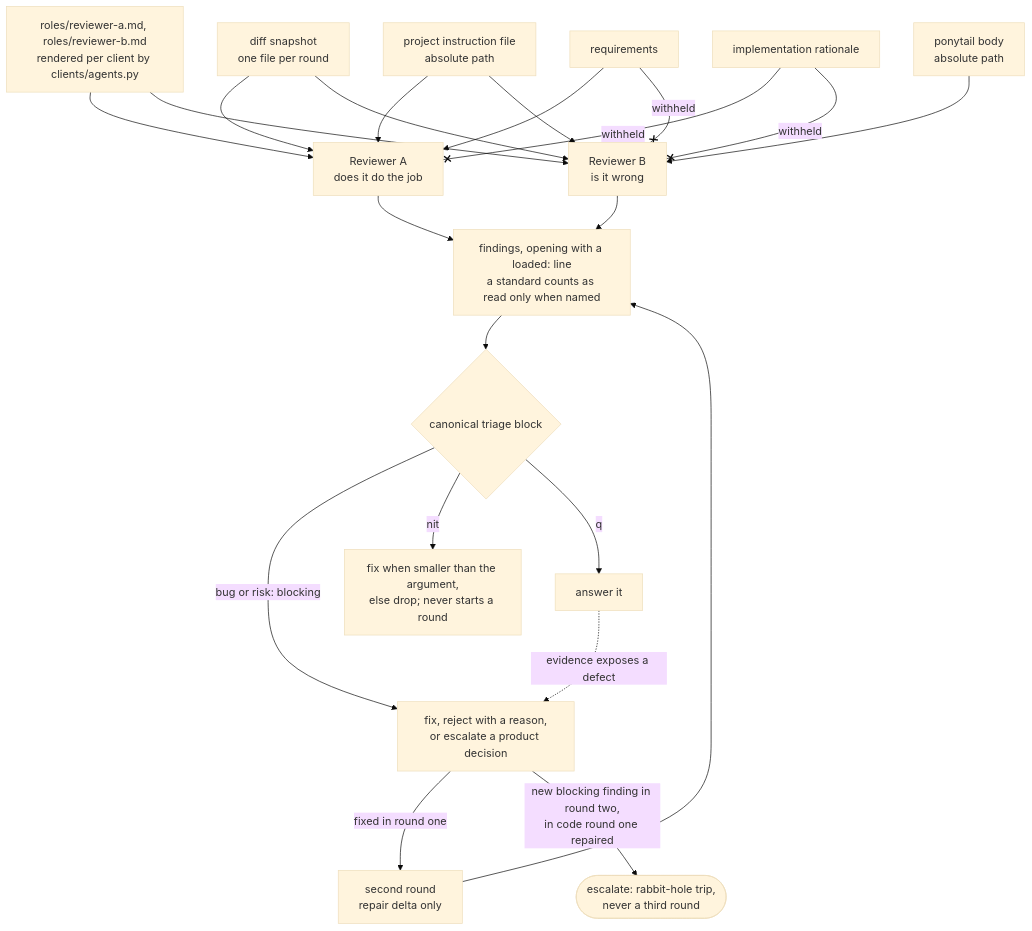
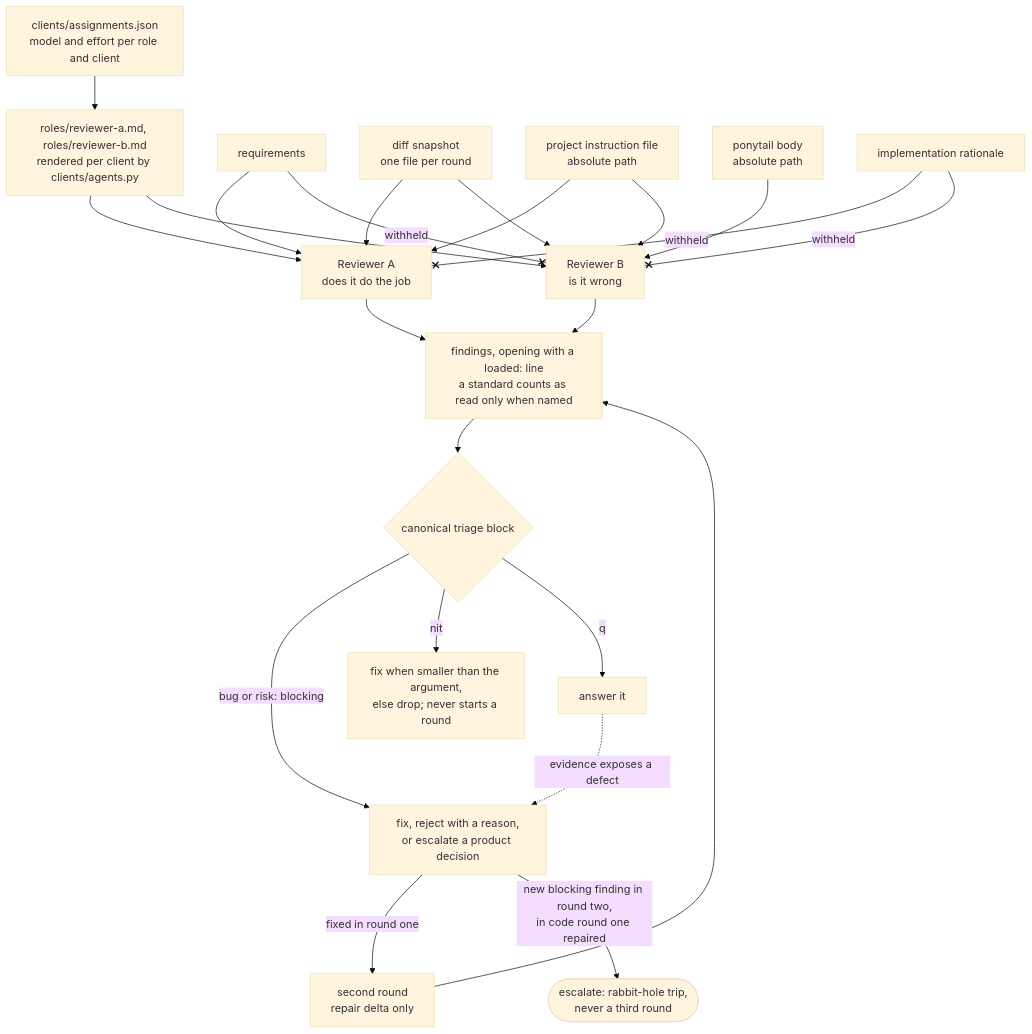
The second of 4 diagrams in harness/README.md (jvillegasd/harness), drawn with Mermaid (base theme) before and after one commit. The commit also changed other lines of this file and 7 other files, not shown here.

````diff
--- a/harness/README.md
+++ b/harness/README.md
@@ -119,24 +122,25 @@
 ```mermaid
 flowchart TD
-    roles["roles/reviewer-a.md, roles/reviewer-b.md<br>rendered per client by clients/agents.py"] --> a["Reviewer A<br>does it do the job"]
+    assign["clients/assignments.json<br>model and effort per role and client"] --> roles["roles/reviewer-a.md, roles/reviewer-b.md<br>rendered per client by clients/agents.py"]
+    roles --> a["Reviewer A<br>does it do the job"]
     roles --> b["Reviewer B<br>is it wrong"]
     req["requirements"] --> a
     snap["diff snapshot<br>one file per round"] --> a
     snap --> b
     project["project instruction file<br>absolute path"] --> a
     project --> b
     ponytail["ponytail body<br>absolute path"] --> b
     rationale["implementation rationale"] --x|withheld| a
     rationale --x|withheld| b
     req --x|withheld| b
     a --> findings["findings, opening with a loaded: line<br>a standard counts as read only when named"]
     b --> findings
     findings --> triage{"canonical triage block"}
     triage -->|bug or risk: blocking| blocking["fix, reject with a reason,<br>or escalate a product decision"]
     triage -->|nit| nit["fix when smaller than the argument,<br>else drop; never starts a round"]
     triage -->|q| question["answer it"]
     question -.->|evidence exposes a defect| blocking
     blocking -->|fixed in round one| delta["second round<br>repair delta only"]
     delta --> findings
     blocking -->|new blocking finding in round two,<br>in code round one repaired| escalate(["escalate: rabbit-hole trip,<br>never a third round"])
 ```
````
